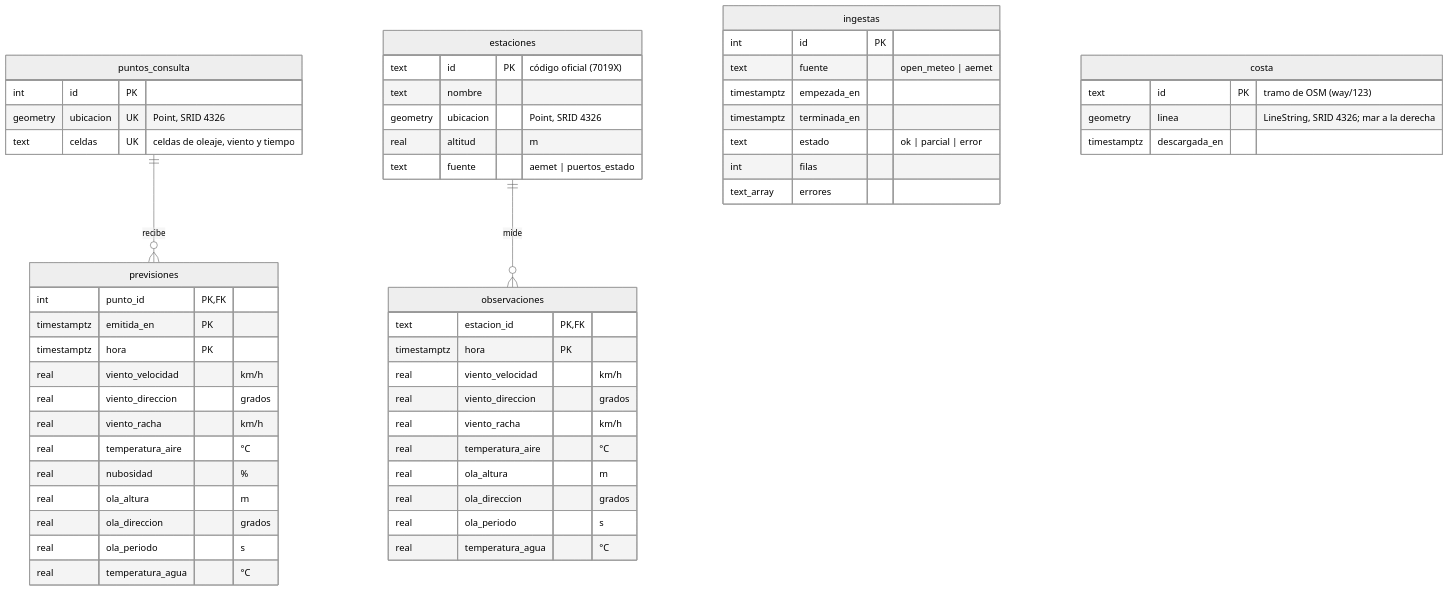
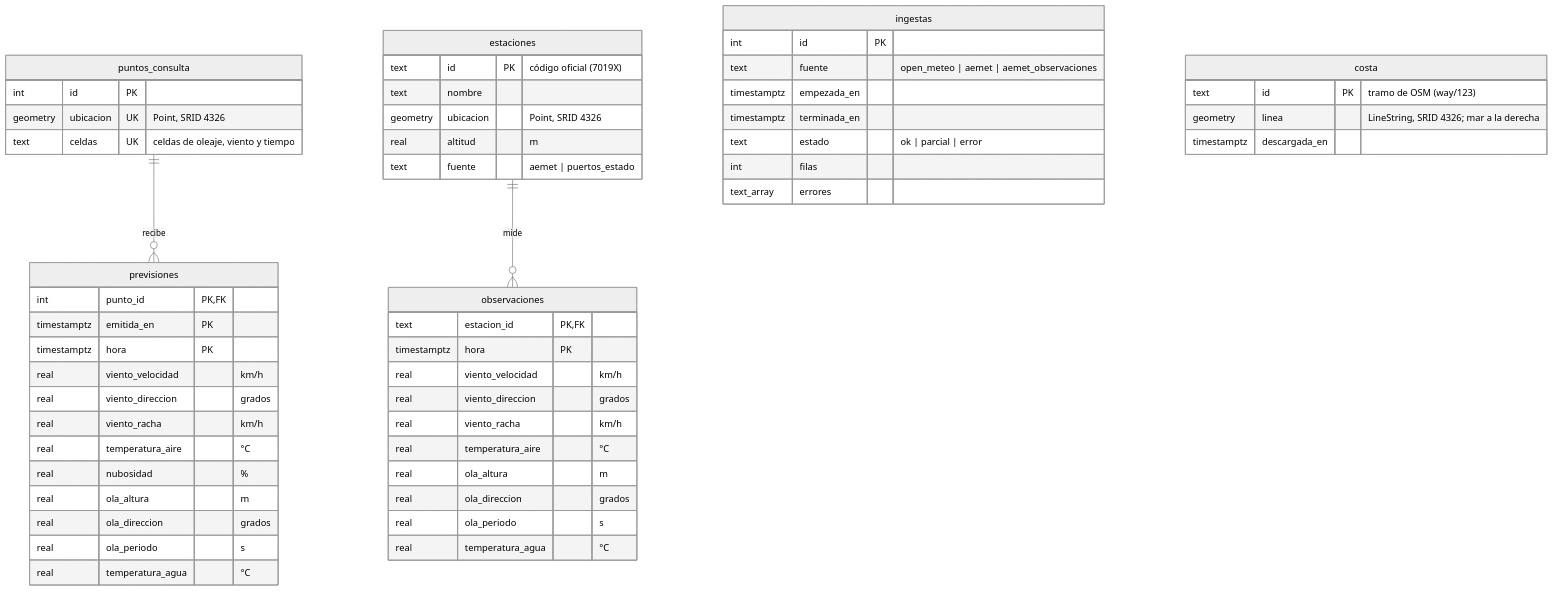
The second of 2 diagrams in docs/modelo-datos.md (pdawgabriel-hub/playa-hoy), drawn with Mermaid (neutral theme) before and after one commit. The commit also changed other lines of this file and 18 other files, not shown here.

Commit message:
feat(jobs): guardar las observaciones de AEMET

````diff
--- a/docs/modelo-datos.md
+++ b/docs/modelo-datos.md
@@ -96,63 +96,63 @@
 ```mermaid
 erDiagram
     puntos_consulta ||--o{ previsiones : "recibe"
     estaciones ||--o{ observaciones : "mide"
 
     puntos_consulta {
         int id PK
         geometry ubicacion UK "Point, SRID 4326"
         text celdas UK "celdas de oleaje, viento y tiempo"
     }
 
     previsiones {
         int punto_id PK, FK
         timestamptz emitida_en PK
         timestamptz hora PK
         real viento_velocidad "km/h"
         real viento_direccion "grados"
         real viento_racha "km/h"
         real temperatura_aire "°C"
         real nubosidad "%"
         real ola_altura "m"
         real ola_direccion "grados"
         real ola_periodo "s"
         real temperatura_agua "°C"
     }
 
     estaciones {
         text id PK "código oficial (7019X)"
         text nombre
         geometry ubicacion "Point, SRID 4326"
         real altitud "m"
         text fuente "aemet | puertos_estado"
     }
 
     observaciones {
         text estacion_id PK, FK
         timestamptz hora PK
         real viento_velocidad "km/h"
         real viento_direccion "grados"
         real viento_racha "km/h"
         real temperatura_aire "°C"
         real ola_altura "m"
         real ola_direccion "grados"
         real ola_periodo "s"
         real temperatura_agua "°C"
     }
 
     ingestas {
         int id PK
-        text fuente "open_meteo | aemet"
+        text fuente "open_meteo | aemet | aemet_observaciones"
         timestamptz empezada_en
         timestamptz terminada_en
         text estado "ok | parcial | error"
         int filas
         text_array errores
     }
 
     costa {
         text id PK "tramo de OSM (way/123)"
         geometry linea "LineString, SRID 4326; mar a la derecha"
         timestamptz descargada_en
     }
 ```
````
